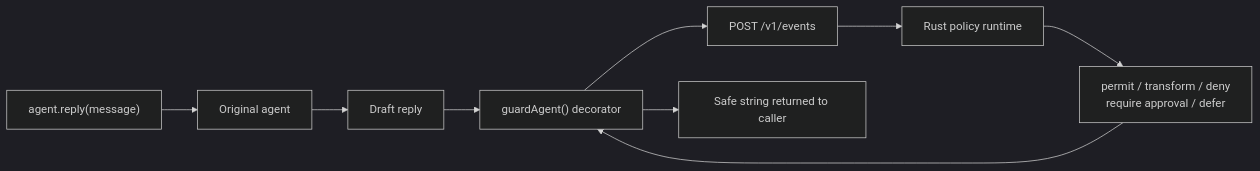
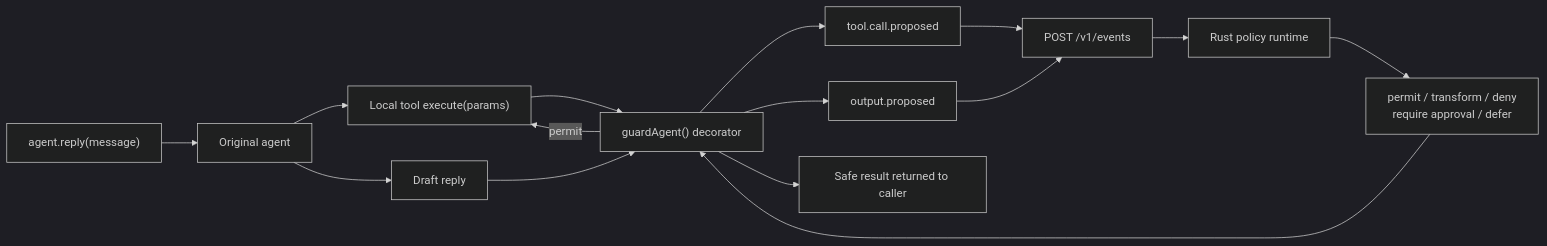
One commit to ducnguyen67201/TrustLoopGuard changed the diagram in README.md. Above: the diagram before and after it, drawn with Mermaid (dark theme). The commit also changed other lines of this file and 29 other files, not shown here.

Commit message:
feat: add automatic agent tool discovery

````diff
--- a/README.md
+++ b/README.md
@@ -62,11 +62,17 @@
 ```mermaid
 flowchart LR
     call["agent.reply(message)"] --> agent["Original agent"]
-    agent --> draft["Draft reply"]
-    draft --> sdk["guardAgent() decorator"]
-    sdk --> event["POST /v1/events"]
+    agent --> tool["Local tool execute(params)"]
+    tool --> sdk["guardAgent() decorator"]
+    sdk --> toolEvent["tool.call.proposed"]
+    toolEvent --> event["POST /v1/events"]
     event --> runtime["Rust policy runtime"]
     runtime --> decision["permit / transform / deny<br/>require approval / defer"]
     decision --> sdk
-    sdk --> caller["Safe string returned to caller"]
+    sdk -->|permit| tool
+    agent --> draft["Draft reply"]
+    draft --> sdk
+    sdk --> outputEvent["output.proposed"]
+    outputEvent --> event
+    sdk --> caller["Safe result returned to caller"]
 ```
````
